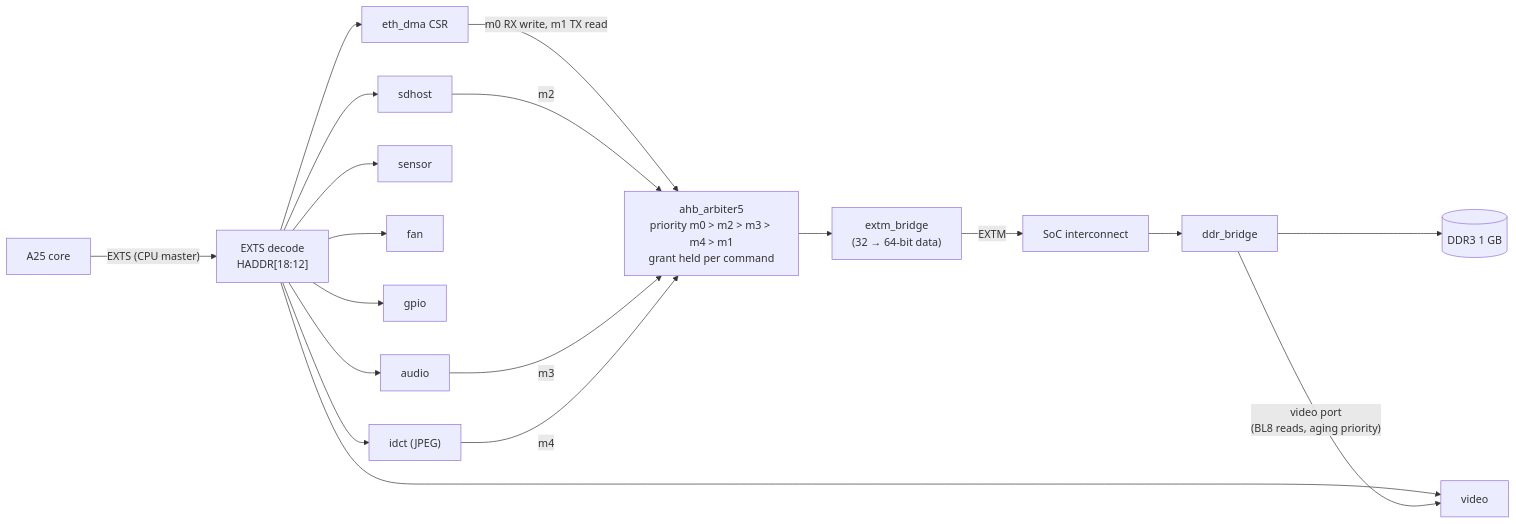
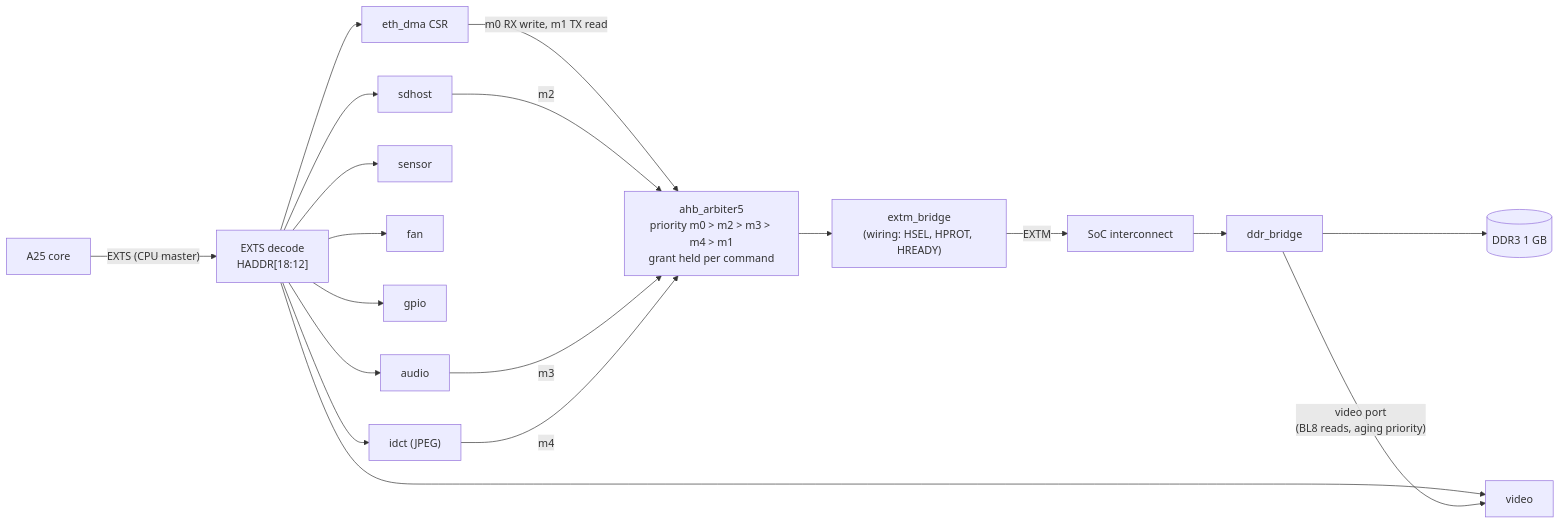
Before and after one commit to phoenix367/tang-mega-138K-Pro-demo: the first of 12 diagrams in doc/07-cores.md, drawn with Mermaid. The commit also changed other lines of this file and 2 other files, not shown here.

First line of the commit message:
doc/07-cores: architecture, block diagram and registers for every core

````diff
--- a/doc/07-cores.md
+++ b/doc/07-cores.md
@@ -34,19 +47,19 @@
 ```mermaid
 graph LR
   CPU["A25 core"] -->|"EXTS (CPU master)"| DEC["EXTS decode<br/>HADDR[18:12]"]
   DEC --> ETH["eth_dma CSR"]
   DEC --> VID["video"]
   DEC --> AUD["audio"]
   DEC --> SEN["sensor"]
   DEC --> FAN["fan"]
   DEC --> GPIO["gpio"]
   DEC --> SDH["sdhost"]
   DEC --> IDCT["idct (JPEG)"]
 
   ETH -->|"m0 RX write, m1 TX read"| ARB["ahb_arbiter5<br/>priority m0 > m2 > m3 > m4 > m1<br/>grant held per command"]
   SDH -->|m2| ARB
   AUD -->|m3| ARB
   IDCT -->|m4| ARB
-  ARB --> XB["extm_bridge<br/>(32 → 64-bit data)"] -->|EXTM| SOC["SoC interconnect"] --> BR["ddr_bridge"] --> DDR[("DDR3 1 GB")]
+  ARB --> XB["extm_bridge<br/>(wiring: HSEL, HPROT, HREADY)"] -->|EXTM| SOC["SoC interconnect"] --> BR["ddr_bridge"] --> DDR[("DDR3 1 GB")]
   BR -->|"video port<br/>(BL8 reads, aging priority)"| VID
 ```
````
